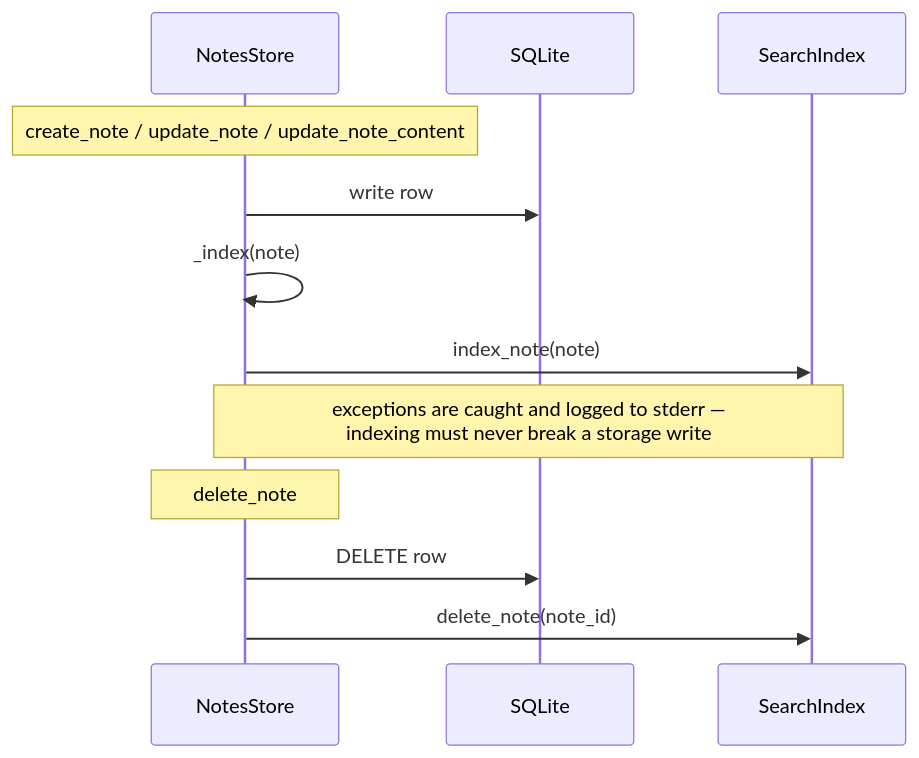
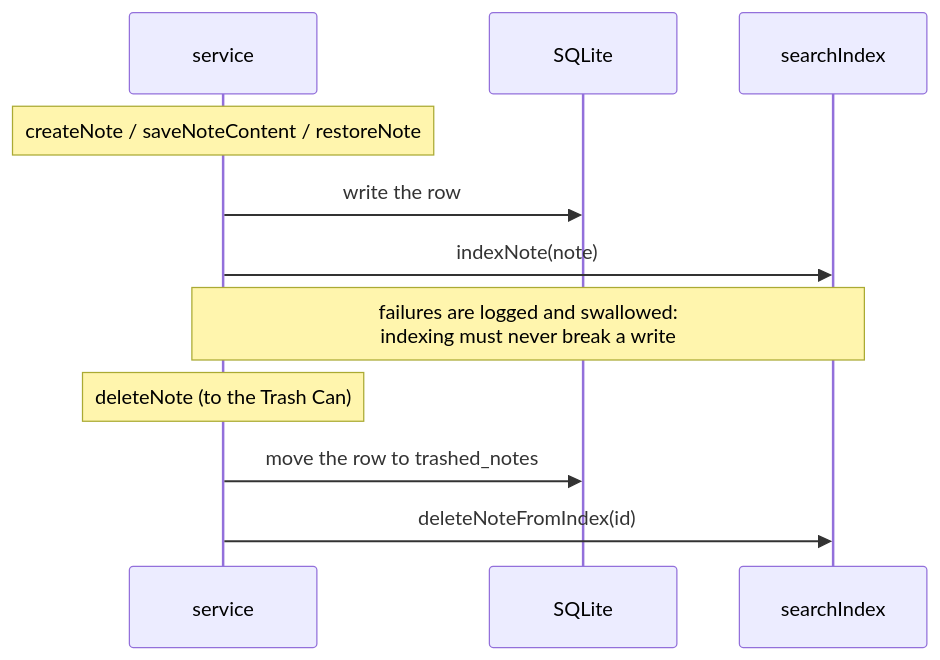
The second of 2 diagrams in docs/architecture/search.md (meddlin/composition), drawn with Mermaid before and after one commit. The commit also changed other lines of this file and 65 other files, not shown here.

````diff
--- a/docs/architecture/search.md
+++ b/docs/architecture/search.md
@@ -61,16 +93,15 @@
 ```mermaid
 sequenceDiagram
-    participant Store as NotesStore
+    participant Svc as service
     participant DB as SQLite
-    participant Idx as SearchIndex
+    participant Idx as searchIndex
 
-    Note over Store: create_note / update_note / update_note_content
-    Store->>DB: write row
-    Store->>Store: _index(note)
-    Store->>Idx: index_note(note)
-    Note over Store,Idx: exceptions are caught and logged to stderr —<br/>indexing must never break a storage write
+    Note over Svc: createNote / saveNoteContent / restoreNote
+    Svc->>DB: write the row
+    Svc->>Idx: indexNote(note)
+    Note over Svc,Idx: failures are logged and swallowed:<br/>indexing must never break a write
 
-    Note over Store: delete_note
-    Store->>DB: DELETE row
-    Store->>Idx: delete_note(note_id)
+    Note over Svc: deleteNote (to the Trash Can)
+    Svc->>DB: move the row to trashed_notes
+    Svc->>Idx: deleteNoteFromIndex(id)
 ```
````
